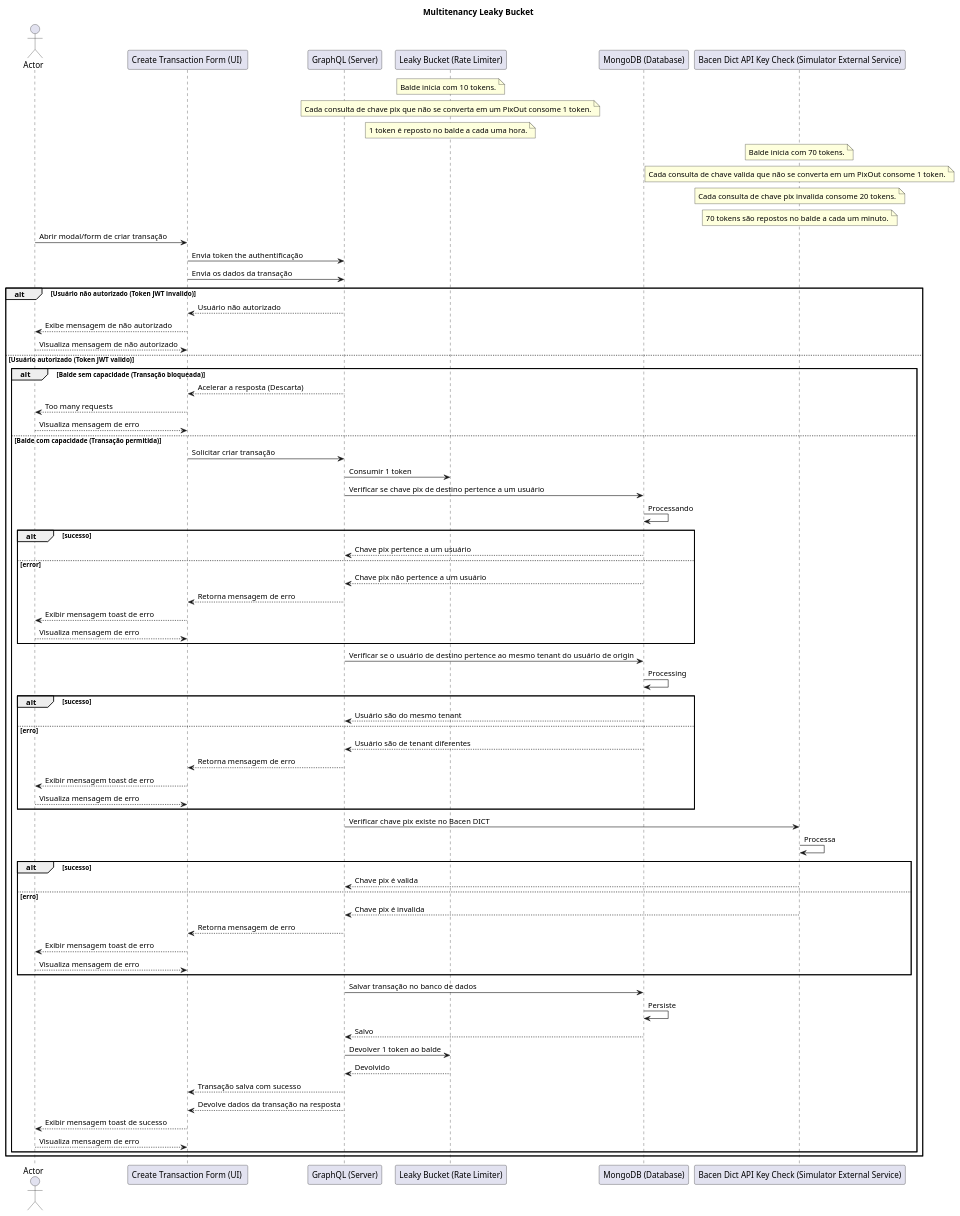
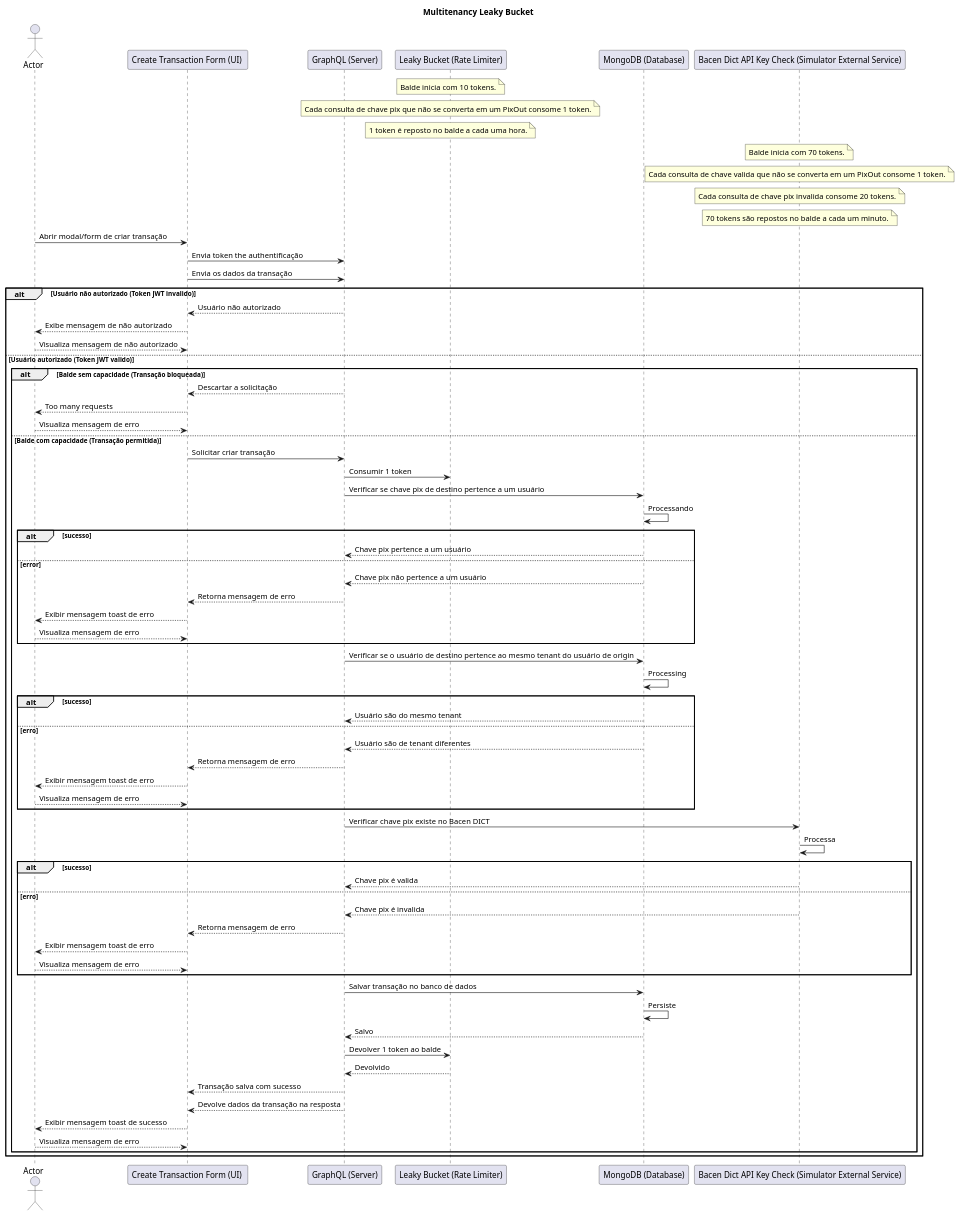
One commit to HallexCosta/woovi-fullstack-challenger changed the diagram in docs/diagrams/pt-BR/multitenancy-leaky-bucket-sequence-diagram.plantuml. Above: the diagram before and after it, drawn with PlantUML. The commit also changed 3 other files, not shown here.

```diff
--- a/docs/diagrams/pt-BR/multitenancy-leaky-bucket-sequence-diagram.plantuml
+++ b/docs/diagrams/pt-BR/multitenancy-leaky-bucket-sequence-diagram.plantuml
@@ -1,81 +1,81 @@
 @startuml LeakyBucket
 actor "Actor"
 title Multitenancy Leaky Bucket
 
 participant "Create Transaction Form (UI) " as CreateTransactionForm
 participant "GraphQL (Server)" as GraphQLServer
 participant "Leaky Bucket (Rate Limiter)" as LeakyBucket
 participant "MongoDB (Database)" as MongoDB
 participant "Bacen Dict API Key Check (Simulator External Service)" as BacenDictAPIKeyCheck
 
 note over LeakyBucket: Balde inicia com 10 tokens.
 note over LeakyBucket: Cada consulta de chave pix que não se converta em um PixOut consome 1 token.
 note over LeakyBucket: 1 token é reposto no balde a cada uma hora.
 note over BacenDictAPIKeyCheck: Balde inicia com 70 tokens.
 note over BacenDictAPIKeyCheck: Cada consulta de chave valida que não se converta em um PixOut consome 1 token.
 note over BacenDictAPIKeyCheck: Cada consulta de chave pix invalida consome 20 tokens.
 note over BacenDictAPIKeyCheck: 70 tokens são repostos no balde a cada um minuto.
 
 "Actor"-> CreateTransactionForm: Abrir modal/form de criar transação
 CreateTransactionForm -> GraphQLServer: Envia token the authentificação
 CreateTransactionForm -> GraphQLServer: Envia os dados da transação
 
 alt Usuário não autorizado (Token JWT invalido)
   CreateTransactionForm <-- GraphQLServer: Usuário não autorizado
   "Actor" <-- CreateTransactionForm: Exibe mensagem de não autorizado
   return Visualiza mensagem de não autorizado
 else Usuário autorizado (Token JWT valido)
   alt Balde sem capacidade (Transação bloqueada)
-    CreateTransactionForm <-- GraphQLServer: Acelerar a resposta (Descarta)
+    CreateTransactionForm <-- GraphQLServer: Descartar a solicitação
     "Actor" <-- CreateTransactionForm: Too many requests
     return Visualiza mensagem de erro
   else Balde com capacidade (Transação permitida)
     CreateTransactionForm -> GraphQLServer: Solicitar criar transação
     GraphQLServer -> LeakyBucket: Consumir 1 token
 
     GraphQLServer -> MongoDB: Verificar se chave pix de destino pertence a um usuário
     MongoDB -> MongoDB: Processando
     alt sucesso
       GraphQLServer<-- MongoDB: Chave pix pertence a um usuário
     else error
       GraphQLServer<-- MongoDB: Chave pix não pertence a um usuário
       CreateTransactionForm<-- GraphQLServer: Retorna mensagem de erro
       "Actor" <-- CreateTransactionForm: Exibir mensagem toast de erro
       return Visualiza mensagem de erro
     end
 
     GraphQLServer-> MongoDB: Verificar se o usuário de destino pertence ao mesmo tenant do usuário de origin
     MongoDB -> MongoDB: Processing
     alt sucesso
       GraphQLServer<-- MongoDB: Usuário são do mesmo tenant
     else erro
       GraphQLServer<-- MongoDB: Usuário são de tenant diferentes
       CreateTransactionForm<-- GraphQLServer: Retorna mensagem de erro
       "Actor" <-- CreateTransactionForm: Exibir mensagem toast de erro
       return Visualiza mensagem de erro
     end
 
     GraphQLServer -> BacenDictAPIKeyCheck: Verificar chave pix existe no Bacen DICT
     BacenDictAPIKeyCheck-> BacenDictAPIKeyCheck: Processa
     alt sucesso
       GraphQLServer<-- BacenDictAPIKeyCheck: Chave pix é valida
     else erro
       GraphQLServer<-- BacenDictAPIKeyCheck: Chave pix é invalida
       CreateTransactionForm<-- GraphQLServer: Retorna mensagem de erro
       "Actor" <-- CreateTransactionForm: Exibir mensagem toast de erro
       return Visualiza mensagem de erro
     end
 
     GraphQLServer -> MongoDB: Salvar transação no banco de dados
     MongoDB -> MongoDB: Persiste
     GraphQLServer <-- MongoDB: Salvo
     GraphQLServer -> LeakyBucket: Devolver 1 token ao balde
     GraphQLServer <-- LeakyBucket: Devolvido
 
     CreateTransactionForm <--GraphQLServer: Transação salva com sucesso
     CreateTransactionForm <--GraphQLServer: Devolve dados da transação na resposta
     "Actor" <--CreateTransactionForm: Exibir mensagem toast de sucesso
     return Visualiza mensagem de erro
   end
 end
 @enduml
```
